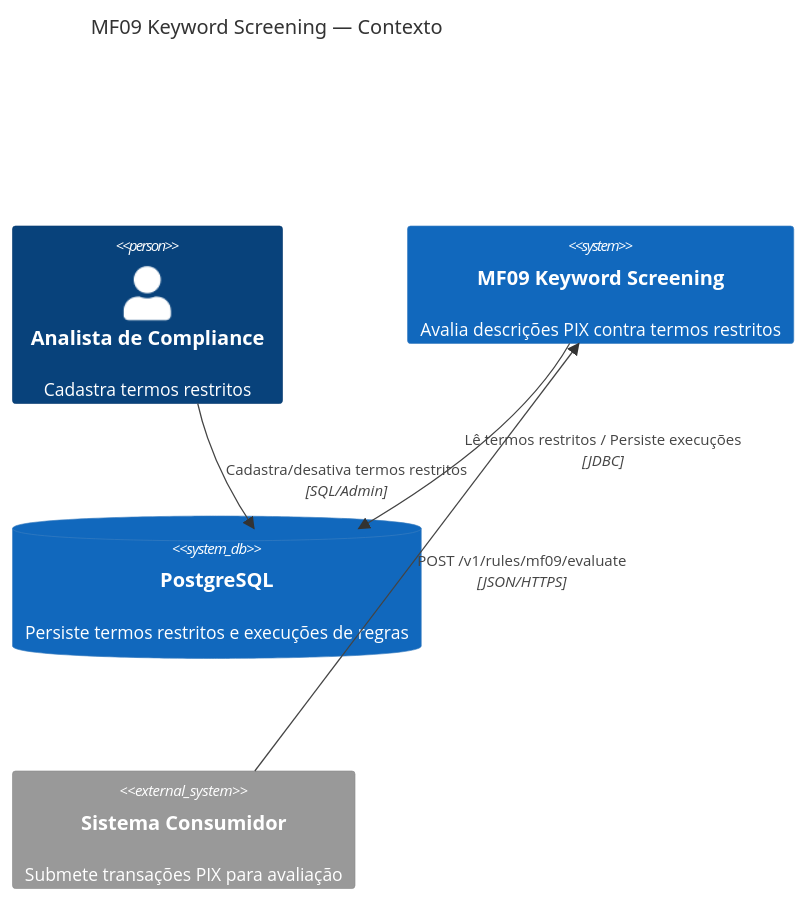
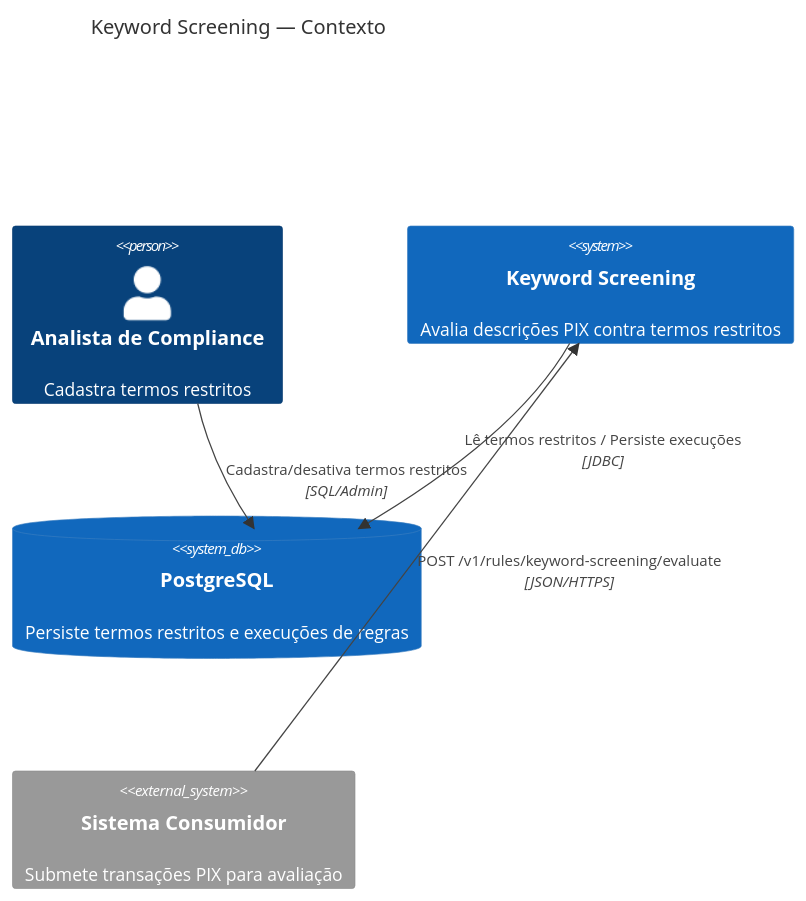
The first of 5 diagrams in .kiro/specs/mf09-keyword-screening/design.md (lemosanisio/keyword-screening), drawn with Mermaid before and after one commit. The commit also changed other lines of this file and 246 other files, not shown here.

````diff
--- a/.kiro/specs/mf09-keyword-screening/design.md
+++ b/.kiro/specs/mf09-keyword-screening/design.md
@@ -27,13 +27,13 @@
 ```mermaid
 C4Context
-    title MF09 Keyword Screening — Contexto
+    title Keyword Screening — Contexto
 
     Person(compliance, "Analista de Compliance", "Cadastra termos restritos")
-    System(mf09, "MF09 Keyword Screening", "Avalia descrições PIX contra termos restritos")
+    System(keywordScreening, "Keyword Screening", "Avalia descrições PIX contra termos restritos")
     SystemDb(postgres, "PostgreSQL", "Persiste termos restritos e execuções de regras")
     System_Ext(consumer, "Sistema Consumidor", "Submete transações PIX para avaliação")
 
-    Rel(consumer, mf09, "POST /v1/rules/mf09/evaluate", "JSON/HTTPS")
-    Rel(mf09, postgres, "Lê termos restritos / Persiste execuções", "JDBC")
+    Rel(consumer, keywordScreening, "POST /v1/rules/keyword-screening/evaluate", "JSON/HTTPS")
+    Rel(keywordScreening, postgres, "Lê termos restritos / Persiste execuções", "JDBC")
     Rel(compliance, postgres, "Cadastra/desativa termos restritos", "SQL/Admin")
 ```
````
